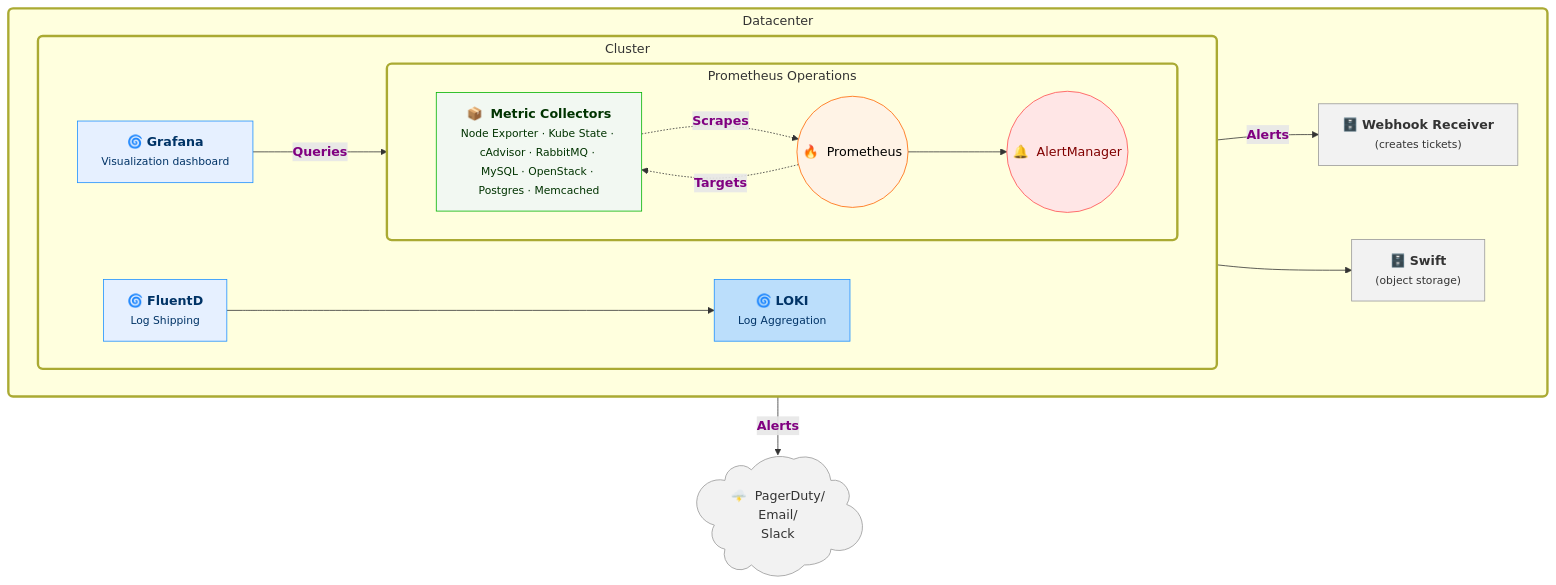
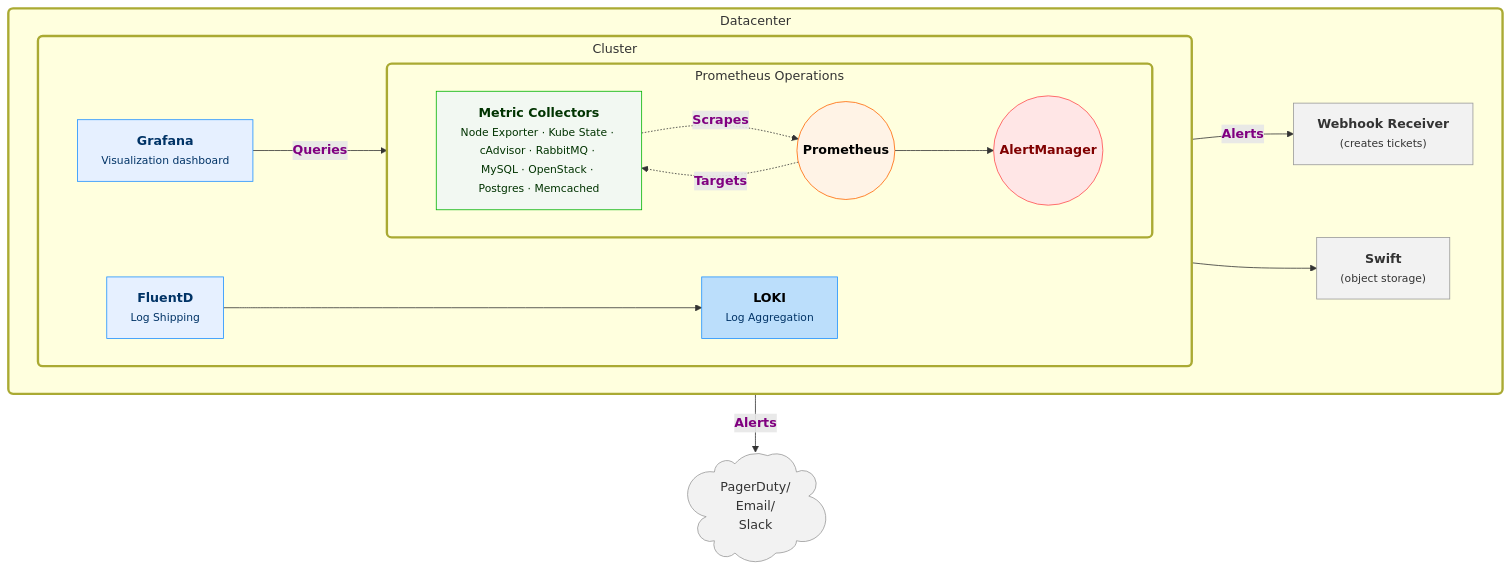
Before and after one commit to OpenStackKen/genestack: the diagram in docs/content/deployment-guide/open-infrastructure/observability/_index.md, drawn with Mermaid. The commit also changed 11 other files, not shown here.

````diff
--- a/docs/content/deployment-guide/open-infrastructure/observability/_index.md
+++ b/docs/content/deployment-guide/open-infrastructure/observability/_index.md
@@ -23,63 +23,63 @@
 ``` mermaid
 flowchart TB
  subgraph PROMOPS["Prometheus&nbsp;Operations"]
     direction LR
-        MC@{ label: "📦&nbsp;&nbsp;<b>Metric&nbsp;Collectors</b><br><span style=\"font-size:0.85em\">Node Exporter · Kube State · cAdvisor · RabbitMQ · MySQL · OpenStack · Postgres · Memcached</span>" }
-        PROM(("🔥&nbsp;&nbsp;Prometheus"))
-        AM(("🔔&nbsp;&nbsp;AlertManager"))
+        MC@{ label: "<b>Metric&nbsp;Collectors</b><br><span style=\"font-size:0.85em\">Node Exporter · Kube State · cAdvisor · RabbitMQ · MySQL · OpenStack · Postgres · Memcached</span>" }
+        PROM(("<b>Prometheus</b>"))
+        AM(("<b>AlertManager</b>"))
   end
  subgraph FLEX["Cluster"]
     direction LR
         PROMOPS
-        GRAF@{ label: "🌀&nbsp;<b>Grafana</b><br><span style=\"font-size:0.85em\">Visualization&nbsp;dashboard</span>" }
-        FLUENTD@{ label: "🌀&nbsp;<b>FluentD</b><br><span style=\"font-size:0.85em\">Log Shipping</span>" }
-        LOKI@{ label: "<span style=\"padding-left:\">🌀&nbsp;<b>LOKI</b><br><span style=\"font-size:0.85em\">Log Aggregation</span></span>" }
+        GRAF@{ label: "<b>Grafana</b><br><span style=\"font-size:0.85em\">Visualization&nbsp;dashboard</span>" }
+        FLUENTD@{ label: "<b>FluentD</b><br><span style=\"font-size:0.85em\">Log Shipping</span>" }
+        LOKI@{ label: "<b>LOKI</b><br><span style=\"font-size:0.85em\">Log Aggregation</span>" }
   end
  subgraph RACKSPACE["Datacenter"]
     direction LR
         FLEX
-        ENC@{ label: "🗄️&nbsp;<b>Webhook&nbsp;Receiver</b><br><span style=\"font-size:0.85em\">(creates tickets)</span>" }
-        SWIFT@{ shape: cyl, label: "🗄️&nbsp;<b>Swift</b><br><span style=\"font-size:0.85em\">(object storage)</span>" }
+        ENC@{ label: "<b>Webhook&nbsp;Receiver</b><br><span style=\"font-size:0.85em\">(creates tickets)</span>" }
+        SWIFT@{ shape: cyl, label: "<b>Swift</b><br><span style=\"font-size:0.85em\">(object storage)</span>" }
   end
 
 RACKSPACE
-PD@{ shape: cloud, label: "🌩️&nbsp;&nbsp;PagerDuty/<br>Email/<br>Slack" }
+PD@{ shape: cloud, label: "PagerDuty/<br>Email/<br>Slack" }
 
     MC -. Scrapes .-> PROM
     PROM -. Targets .-> MC
     PROM --> AM
     GRAF -- Queries --> PROM
     AM -- Alerts --> PD & ENC
     FLUENTD --> LOKI
     LOKI --> SWIFT
     MC@{ shape: rect}
     GRAF@{ shape: rect}
     FLUENTD@{ shape: rect}
     LOKI@{ shape: rect}
     ENC@{ shape: rect}
     SWIFT@{ shape: rect}
      MC:::collectorNode
      PROM:::promNode
      AM:::alertNode
      GRAF:::grafNode
      FLUENTD:::grafNode
      LOKI:::grafNode
      ENC:::miscNode
      SWIFT:::miscNode
      PD:::miscNode
     classDef promNode       fill:#fff3e6,color:#000,stroke:#ff6600,stroke-width:1px
     classDef alertNode      fill:#ffe6e6,color:#800000,stroke:#ff4d4d,stroke-width:1px
     classDef collectorNode  fill:#f2f8f2,color:#003300,stroke:#00b300,stroke-width:1px
     classDef miscNode       fill:#f2f2f2,color:#333,stroke:#999,stroke-width:1px
     classDef grafNode       fill:#e6f0ff, color:#003366, stroke:#1e90ff, stroke-width:1px
     style LOKI      fill:#BBDEFB,color:#000000
     style PROMOPS   stroke-width:3px,rx:6px,ry:6px,padding:25px,line-height:2
     style FLEX      stroke-width:3px,rx:6px,ry:6px,padding:25px,line-height:2
     style RACKSPACE stroke-width:3px,rx:6px,ry:6px,padding:25px,line-height:2
     linkStyle 0 color:#800080,font-weight:bold,background-color:none;
     linkStyle 1 color:#800080,font-weight:bold,background-color:none;
     linkStyle 2 color:#800080,font-weight:bold,background-color:none;
     linkStyle 3 color:#800080,font-weight:bold,background-color:none;
     linkStyle 4 color:#800080,font-weight:bold,background-color:none;
     linkStyle 5 color:#800080,font-weight:bold,background-color:none;
 ```
````
